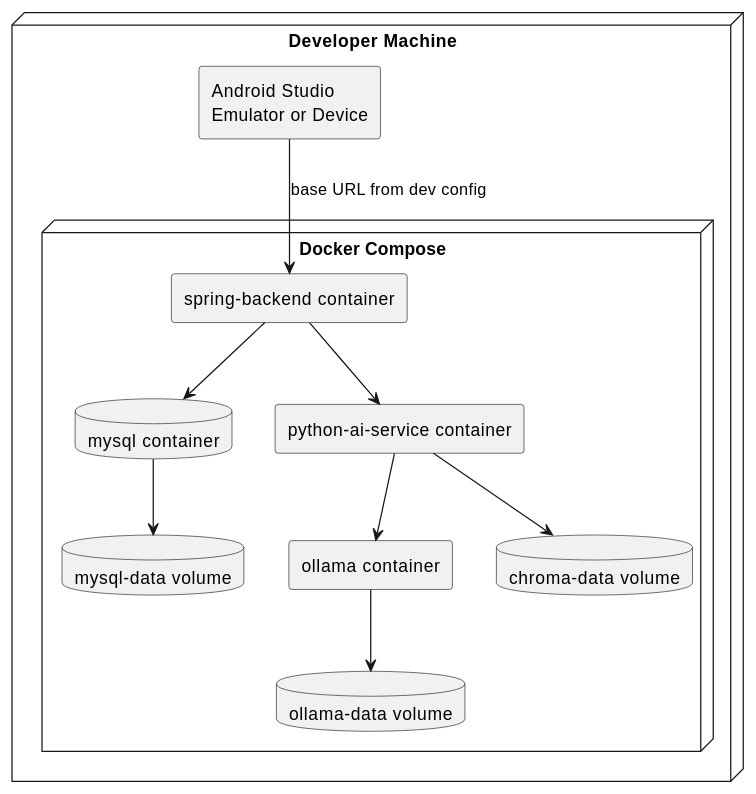
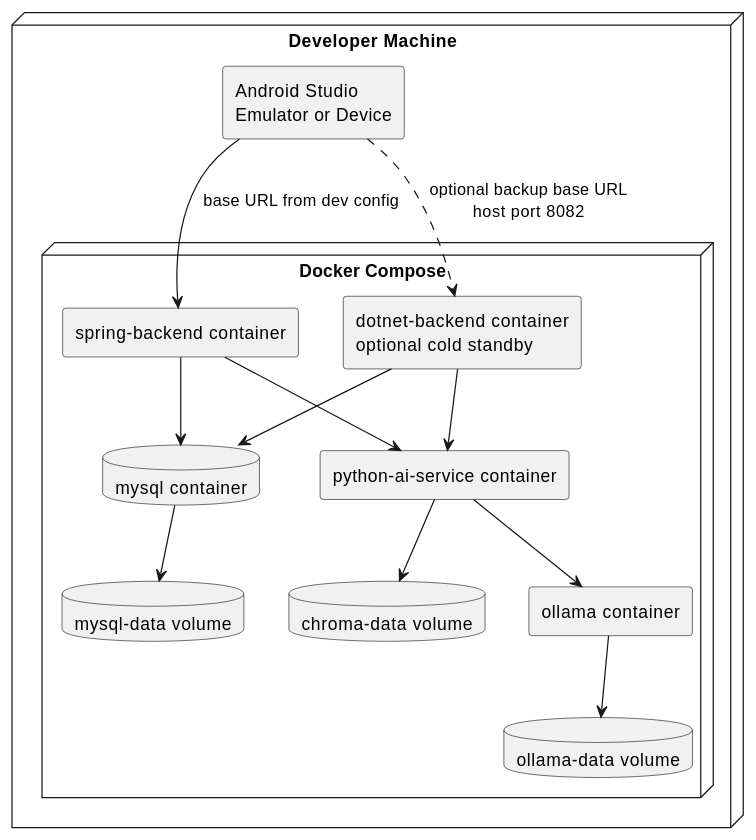
Before and after one commit to SA62-team4/mobile-application-dev-ca: the second of 6 diagrams in docs/specs/04-plan-system-architecture.md, drawn with PlantUML. The commit also changed other lines of this file and 54 other files, not shown here.

Commit message:
Add optional dotnet backup backend

````diff
--- a/docs/specs/04-plan-system-architecture.md
+++ b/docs/specs/04-plan-system-architecture.md
@@ -50,26 +58,30 @@
 ```plantuml
 @startuml
 top to bottom direction
 
 node "Developer Machine" as Dev {
   rectangle "Android Studio\nEmulator or Device" as AndroidStudio
   node "Docker Compose" as Compose {
     database "mysql container" as MySQL
     rectangle "spring-backend container" as Spring
+    rectangle "dotnet-backend container\noptional cold standby" as DotNet
     rectangle "python-ai-service container" as Python
     rectangle "ollama container" as Ollama
     database "mysql-data volume" as MySQLVolume
     database "ollama-data volume" as OllamaVolume
     database "chroma-data volume" as VectorVolume
   }
 }
 
 AndroidStudio --> Spring : base URL from dev config
+AndroidStudio ..> DotNet : optional backup base URL\nhost port 8082
 Spring --> MySQL
+DotNet --> MySQL
 Spring --> Python
+DotNet --> Python
 Python --> Ollama
 Python --> VectorVolume
 MySQL --> MySQLVolume
 Ollama --> OllamaVolume
 @enduml
 ```
````
